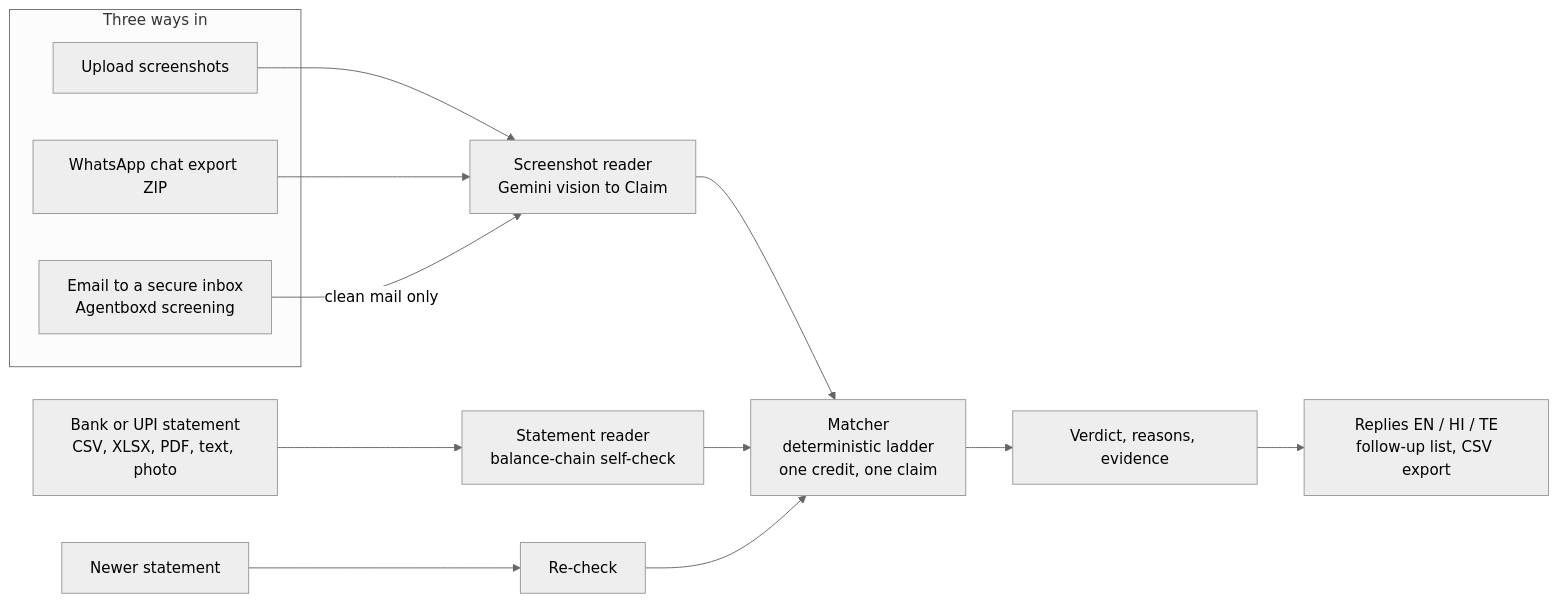
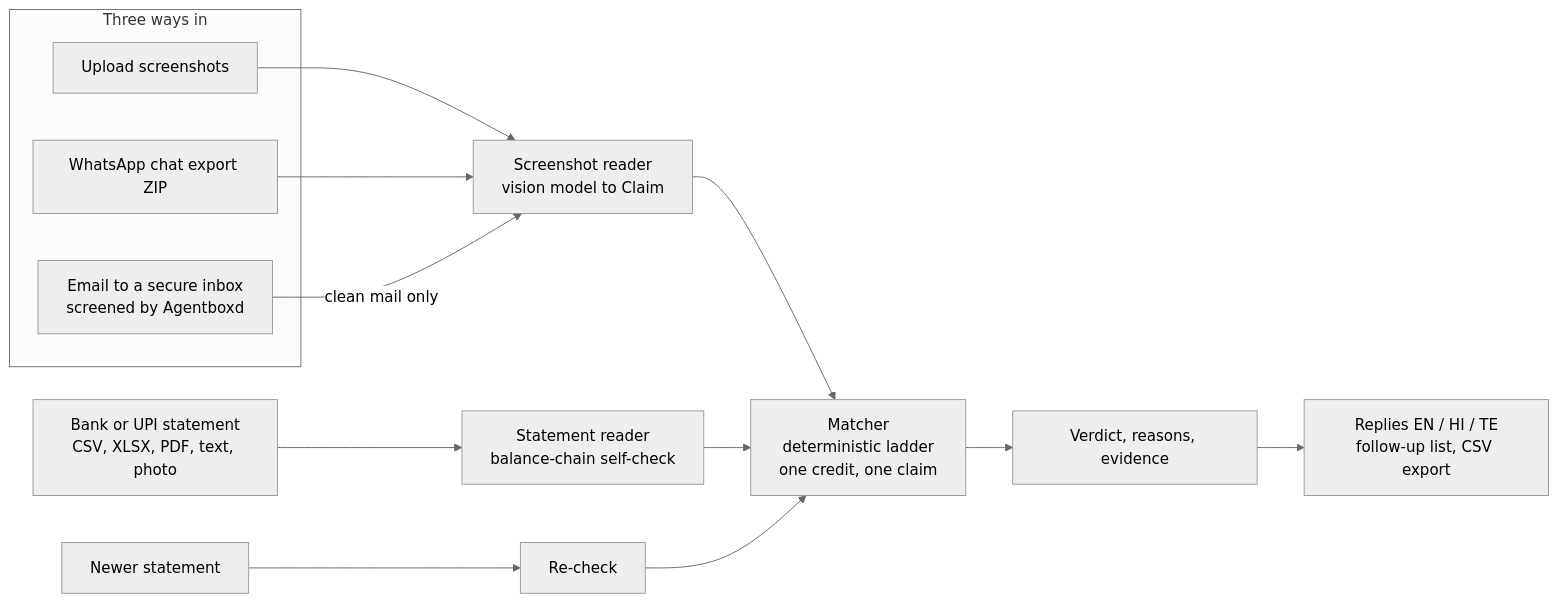
Before and after one commit to Zunairah-k/PayZen: the diagram in README.md, drawn with Mermaid (neutral theme). The commit also changed other lines of this file and 30 other files, not shown here.

````diff
--- a/README.md
+++ b/README.md
@@ -59,17 +80,17 @@
 ```mermaid
 flowchart LR
   subgraph IN[Three ways in]
     U[Upload screenshots]
     W[WhatsApp chat export ZIP]
-    E[Email to a secure inbox<br/>Agentboxd screening]
+    E[Email to a secure inbox<br/>screened by Agentboxd]
   end
   U --> X
   W --> X
-  E -->|clean mail only| X[Screenshot reader<br/>Gemini vision to Claim]
+  E -->|clean mail only| X[Screenshot reader<br/>vision model to Claim]
   S[Bank or UPI statement<br/>CSV, XLSX, PDF, text, photo] --> I[Statement reader<br/>balance-chain self-check]
   X --> M[Matcher<br/>deterministic ladder<br/>one credit, one claim]
   I --> M
   M --> V[Verdict, reasons, evidence]
   V --> R[Replies EN / HI / TE<br/>follow-up list, CSV export]
   N[Newer statement] --> RC[Re-check] --> M
 ```
````
